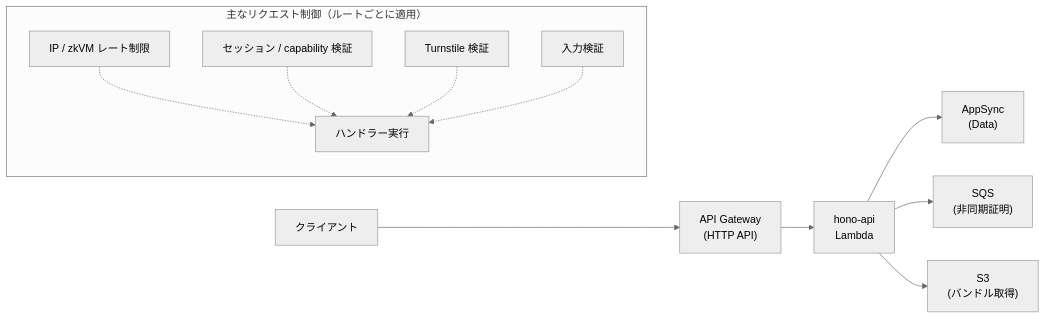
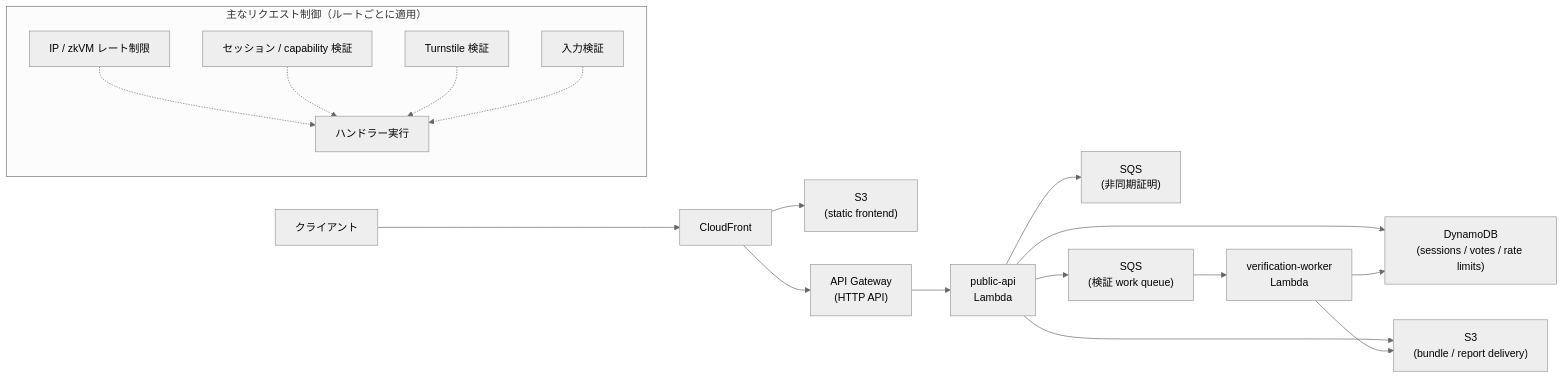
Before and after one commit to hwatanabe-jp/stark-ballot-simulator-public: the first of 4 diagrams in public-book/src/aws/topology.md, drawn with Mermaid (neutral theme). The commit also changed other lines of this file and 1491 other files, not shown here.

````diff
--- a/public-book/src/aws/topology.md
+++ b/public-book/src/aws/topology.md
@@ -17,21 +24,27 @@
 ```mermaid
 flowchart LR
-  Client["クライアント"] --> APIGW["API Gateway<br/>(HTTP API)"]
-  APIGW --> HONO["hono-api<br/>Lambda"]
-  HONO --> APPSYNC["AppSync<br/>(Data)"]
-  HONO --> SQS["SQS<br/>(非同期証明)"]
-  HONO --> S3["S3<br/>(バンドル取得)"]
+  Client["クライアント"] --> CF["CloudFront"]
+  CF --> FRONT["S3<br/>(static frontend)"]
+  CF --> APIGW["API Gateway<br/>(HTTP API)"]
+  APIGW --> API["public-api<br/>Lambda"]
+  API --> DDB["DynamoDB<br/>(sessions / votes / rate limits)"]
+  API --> SQS["SQS<br/>(非同期証明)"]
+  API --> VQS["SQS<br/>(検証 work queue)"]
+  API --> S3["S3<br/>(bundle / report delivery)"]
+  VQS --> VW["verification-worker<br/>Lambda"]
+  VW --> S3
+  VW --> DDB
 
   subgraph "主なリクエスト制御（ルートごとに適用）"
     direction TB
     RATE["IP / zkVM レート制限"]
     SESS["セッション / capability 検証"]
     TURN["Turnstile 検証"]
     BODY["入力検証"]
     HAND["ハンドラー実行"]
     RATE -.-> HAND
     SESS -.-> HAND
     TURN -.-> HAND
     BODY -.-> HAND
   end
 ```
````
